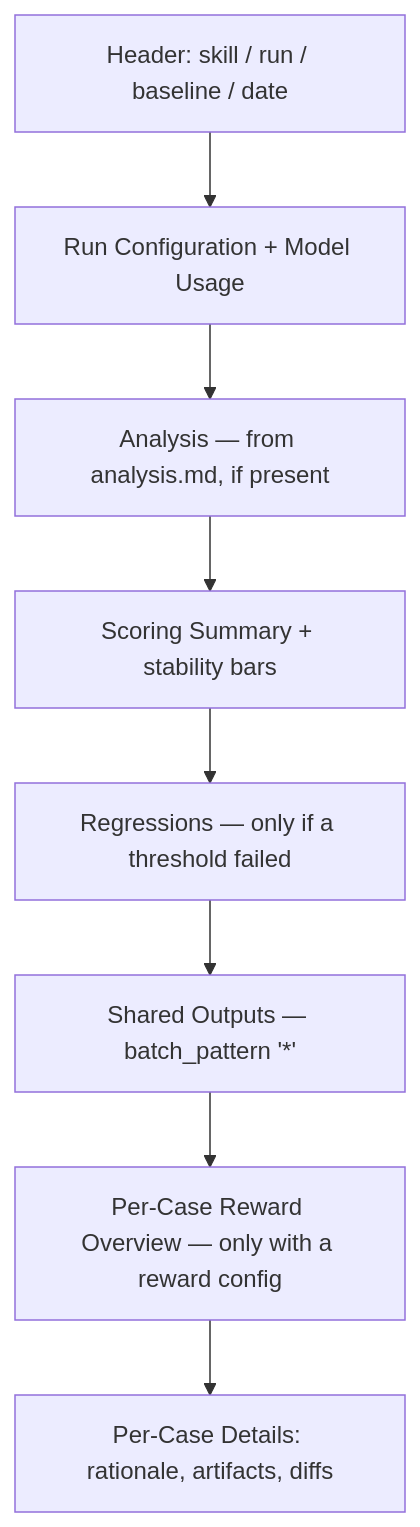
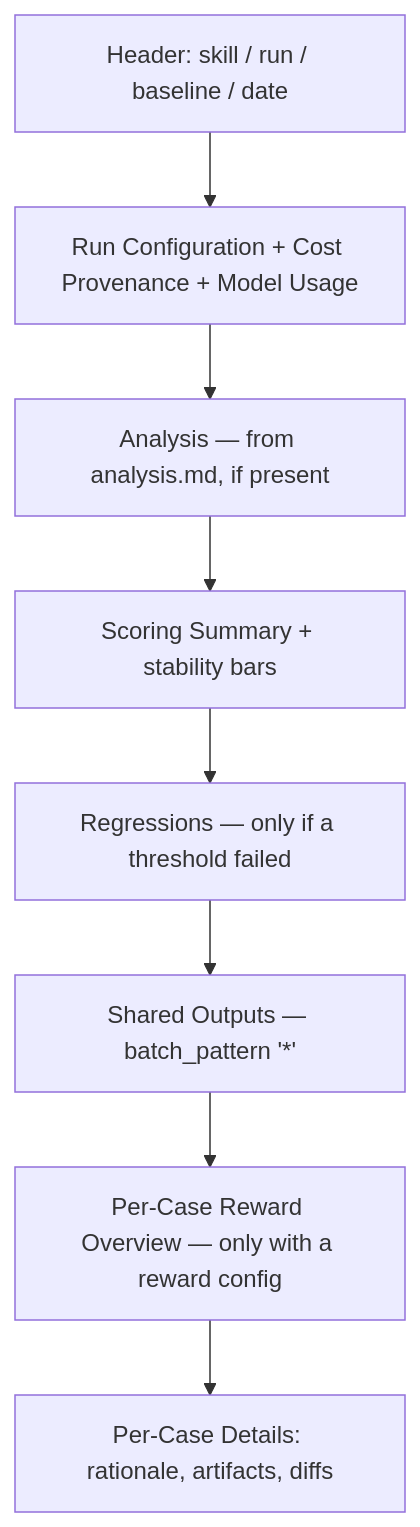
Before and after one commit to opendatahub-io/agent-eval-harness: the diagram in website/concepts/report.md, drawn with Mermaid. The commit also changed other lines of this file and 31 other files, not shown here.

````diff
--- a/website/concepts/report.md
+++ b/website/concepts/report.md
@@ -42,10 +42,10 @@
 ```mermaid
 flowchart TD
-    H[Header: skill / run / baseline / date] --> RC[Run Configuration + Model Usage]
+    H[Header: skill / run / baseline / date] --> RC[Run Configuration + Cost Provenance + Model Usage]
     RC --> AN[Analysis — from analysis.md, if present]
     AN --> SS[Scoring Summary + stability bars]
     SS --> RG[Regressions — only if a threshold failed]
     RG --> SO[Shared Outputs — batch_pattern '*']
     SO --> RO["Per-Case Reward Overview — only with a reward config"]
     RO --> PC[Per-Case Details: rationale, artifacts, diffs]
 ```
````
